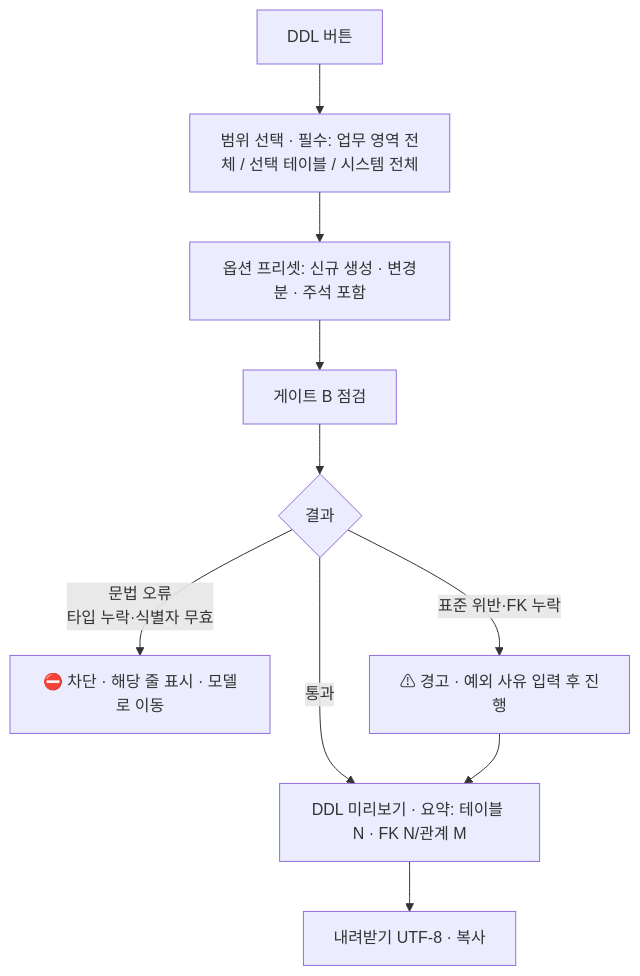
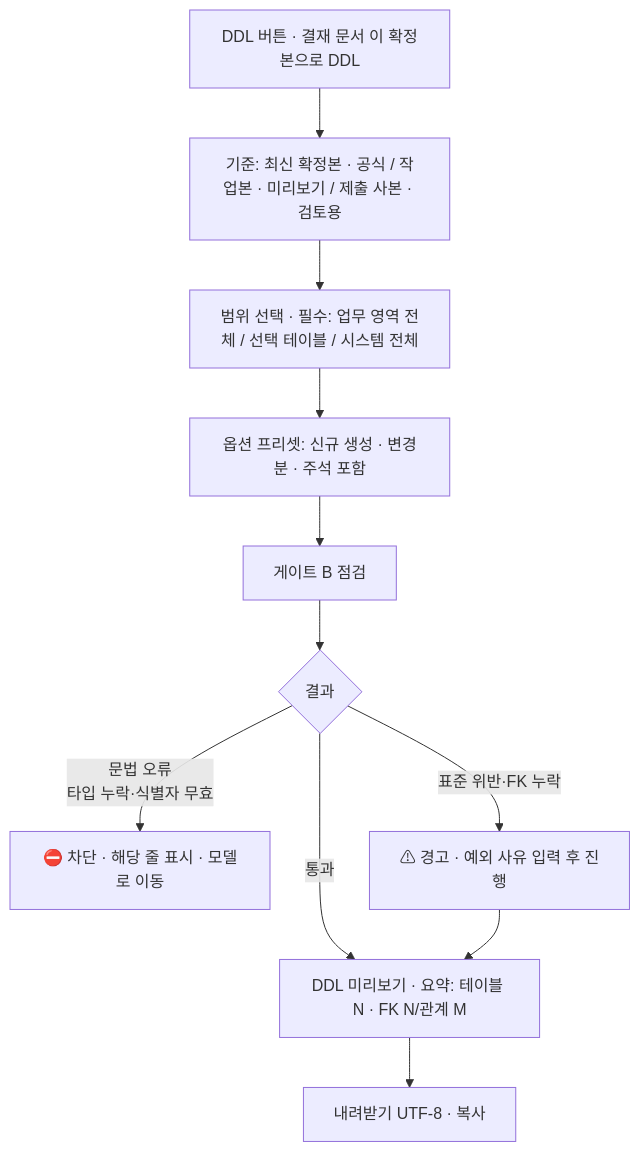
One commit to Jake0415/DBModeler changed diagram 11 of 15 in docs/ux/02-flows.md. Above: the diagram before and after it, drawn with Mermaid. The commit also changed other lines of this file and 43 other files, not shown here.

First line of the commit message:
🎨 ux(mockups): 고객 모델 요청 반영 — IE 표기 · 중복 속성 해소 창 · 엑셀 최소 검증/추가만 · 모델 검증 · 승인본 DDL · 테이블 ERD 6칸

````diff
--- a/docs/ux/02-flows.md
+++ b/docs/ux/02-flows.md
@@ -337,12 +337,13 @@
 ```mermaid
 flowchart TD
-  A[DDL 버튼] --> B[범위 선택 · 필수: 업무 영역 전체 / 선택 테이블 / 시스템 전체]
+  A[DDL 버튼 · 결재 문서 이 확정본으로 DDL] --> A2[기준: 최신 확정본 · 공식 / 작업본 · 미리보기 / 제출 사본 · 검토용]
+  A2 --> B[범위 선택 · 필수: 업무 영역 전체 / 선택 테이블 / 시스템 전체]
   B --> C[옵션 프리셋: 신규 생성 · 변경분 · 주석 포함]
   C --> D[게이트 B 점검]
   D --> E{결과}
   E -- 문법 오류<br/>타입 누락·식별자 무효 --> F[⛔ 차단 · 해당 줄 표시 · 모델로 이동]
   E -- 표준 위반·FK 누락 --> G[⚠ 경고 · 예외 사유 입력 후 진행]
   E -- 통과 --> H[DDL 미리보기 · 요약: 테이블 N · FK N/관계 M]
   G --> H
   H --> I[내려받기 UTF-8 · 복사]
 ```
````
